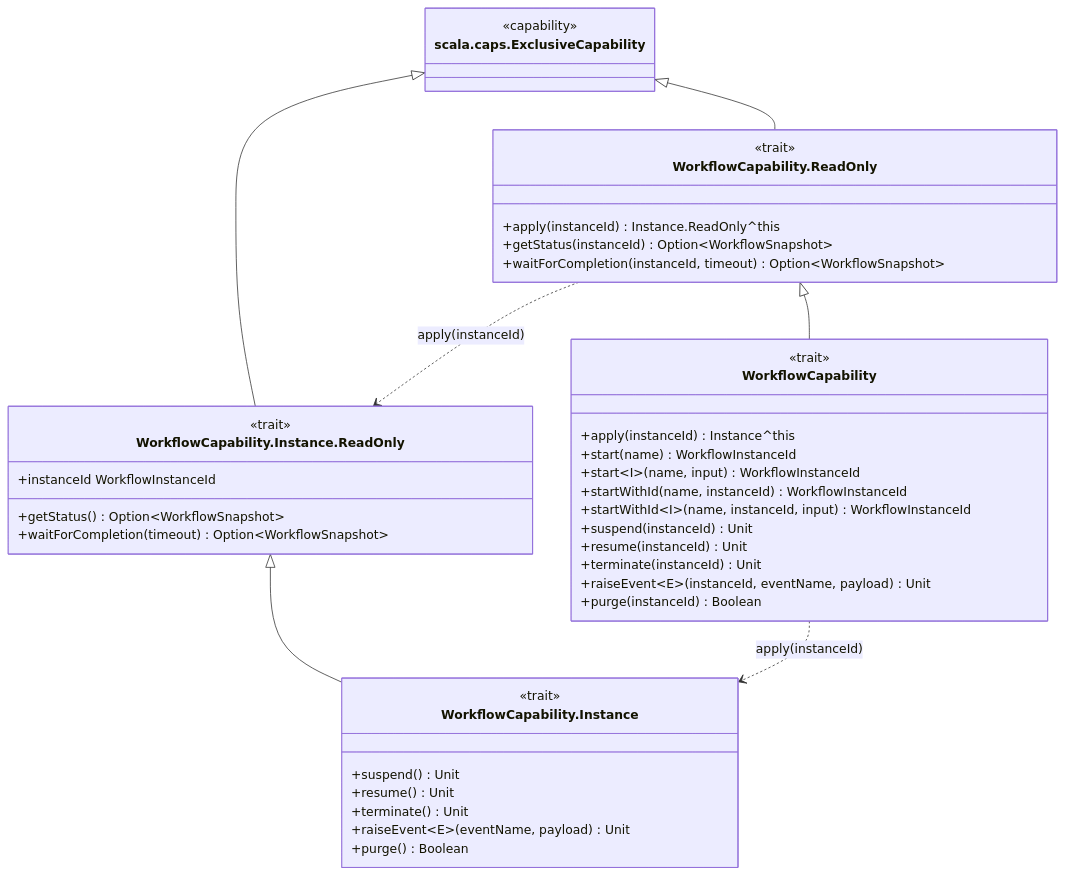
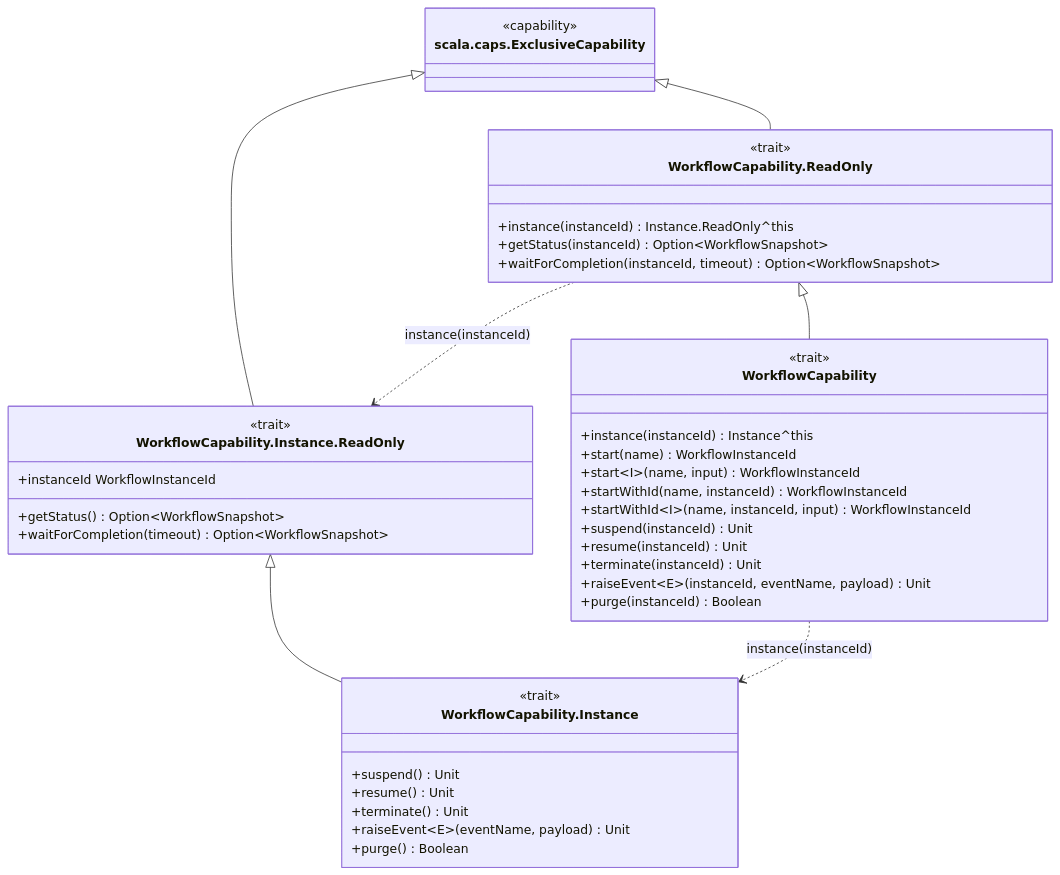
Before and after one commit to sideeffffect/dapr4s: the sixth of 15 diagrams in docs/CAPABILITY-HIERARCHY.md, drawn with Mermaid. The commit also changed other lines of this file and 26 other files, not shown here.

````diff
--- a/docs/CAPABILITY-HIERARCHY.md
+++ b/docs/CAPABILITY-HIERARCHY.md
@@ -255,47 +255,47 @@
 ```mermaid
 classDiagram
     direction TB
     class ExclusiveCapability["scala.caps.ExclusiveCapability"]
     <<capability>> ExclusiveCapability
 
     class WorkflowCapability_ReadOnly["WorkflowCapability.ReadOnly"]
     <<trait>> WorkflowCapability_ReadOnly
-    WorkflowCapability_ReadOnly : +apply(instanceId) Instance.ReadOnly^this
+    WorkflowCapability_ReadOnly : +instance(instanceId) Instance.ReadOnly^this
     WorkflowCapability_ReadOnly : +getStatus(instanceId) Option~WorkflowSnapshot~
     WorkflowCapability_ReadOnly : +waitForCompletion(instanceId, timeout) Option~WorkflowSnapshot~
 
     class WorkflowCapability {
         <<trait>>
-        +apply(instanceId) Instance^this
+        +instance(instanceId) Instance^this
         +start(name) WorkflowInstanceId
         +start~I~(name, input) WorkflowInstanceId
         +startWithId(name, instanceId) WorkflowInstanceId
         +startWithId~I~(name, instanceId, input) WorkflowInstanceId
         +suspend(instanceId) Unit
         +resume(instanceId) Unit
         +terminate(instanceId) Unit
         +raiseEvent~E~(instanceId, eventName, payload) Unit
         +purge(instanceId) Boolean
     }
 
     class WorkflowCapability_Instance_ReadOnly["WorkflowCapability.Instance.ReadOnly"]
     <<trait>> WorkflowCapability_Instance_ReadOnly
     WorkflowCapability_Instance_ReadOnly : +instanceId WorkflowInstanceId
     WorkflowCapability_Instance_ReadOnly : +getStatus() Option~WorkflowSnapshot~
     WorkflowCapability_Instance_ReadOnly : +waitForCompletion(timeout) Option~WorkflowSnapshot~
 
     class WorkflowCapability_Instance["WorkflowCapability.Instance"]
     <<trait>> WorkflowCapability_Instance
     WorkflowCapability_Instance : +suspend() Unit
     WorkflowCapability_Instance : +resume() Unit
     WorkflowCapability_Instance : +terminate() Unit
     WorkflowCapability_Instance : +raiseEvent~E~(eventName, payload) Unit
     WorkflowCapability_Instance : +purge() Boolean
 
     ExclusiveCapability <|-- WorkflowCapability_ReadOnly
     WorkflowCapability_ReadOnly <|-- WorkflowCapability
     ExclusiveCapability <|-- WorkflowCapability_Instance_ReadOnly
     WorkflowCapability_Instance_ReadOnly <|-- WorkflowCapability_Instance
-    WorkflowCapability_ReadOnly ..> WorkflowCapability_Instance_ReadOnly : apply(instanceId)
-    WorkflowCapability ..> WorkflowCapability_Instance : apply(instanceId)
+    WorkflowCapability_ReadOnly ..> WorkflowCapability_Instance_ReadOnly : instance(instanceId)
+    WorkflowCapability ..> WorkflowCapability_Instance : instance(instanceId)
 ```
````
